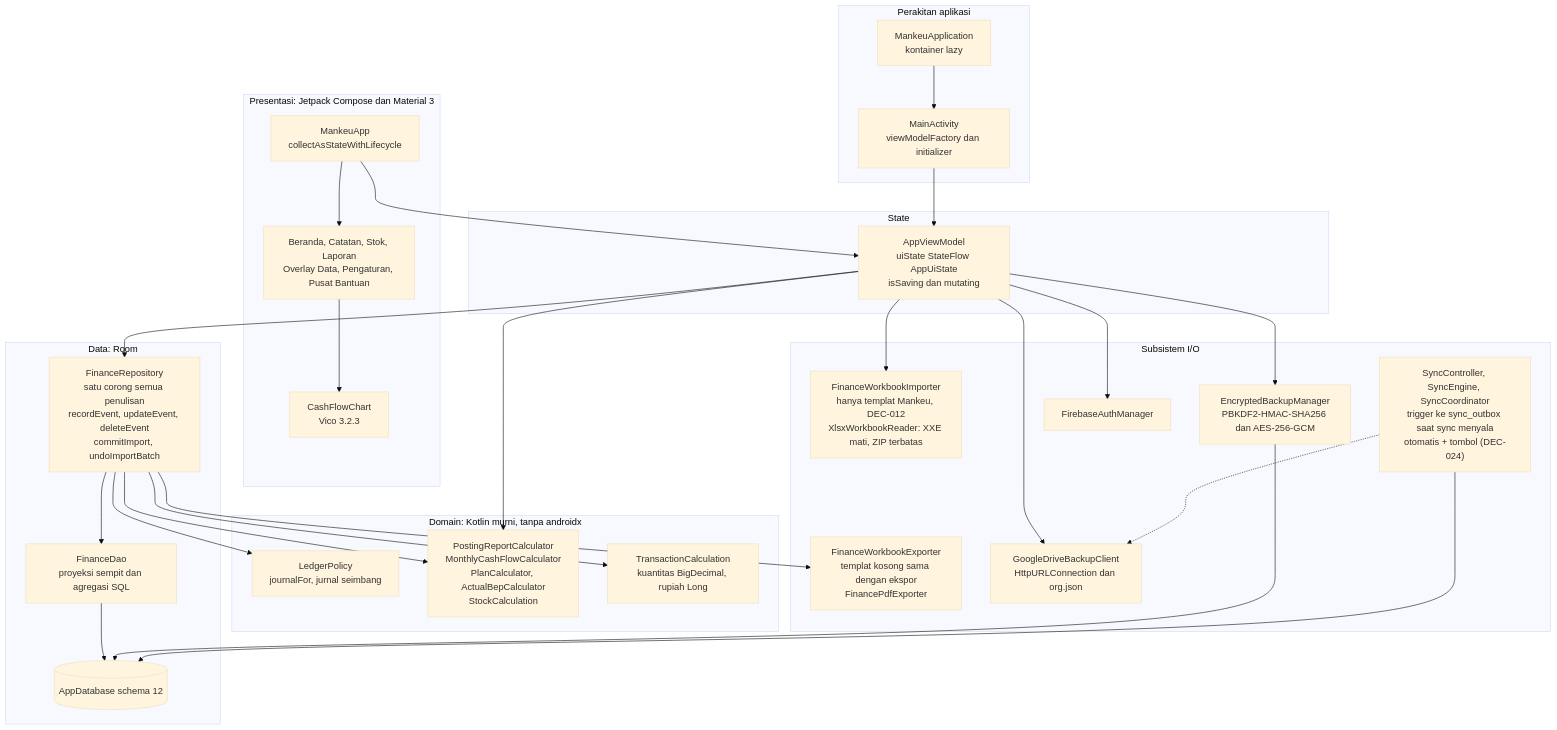
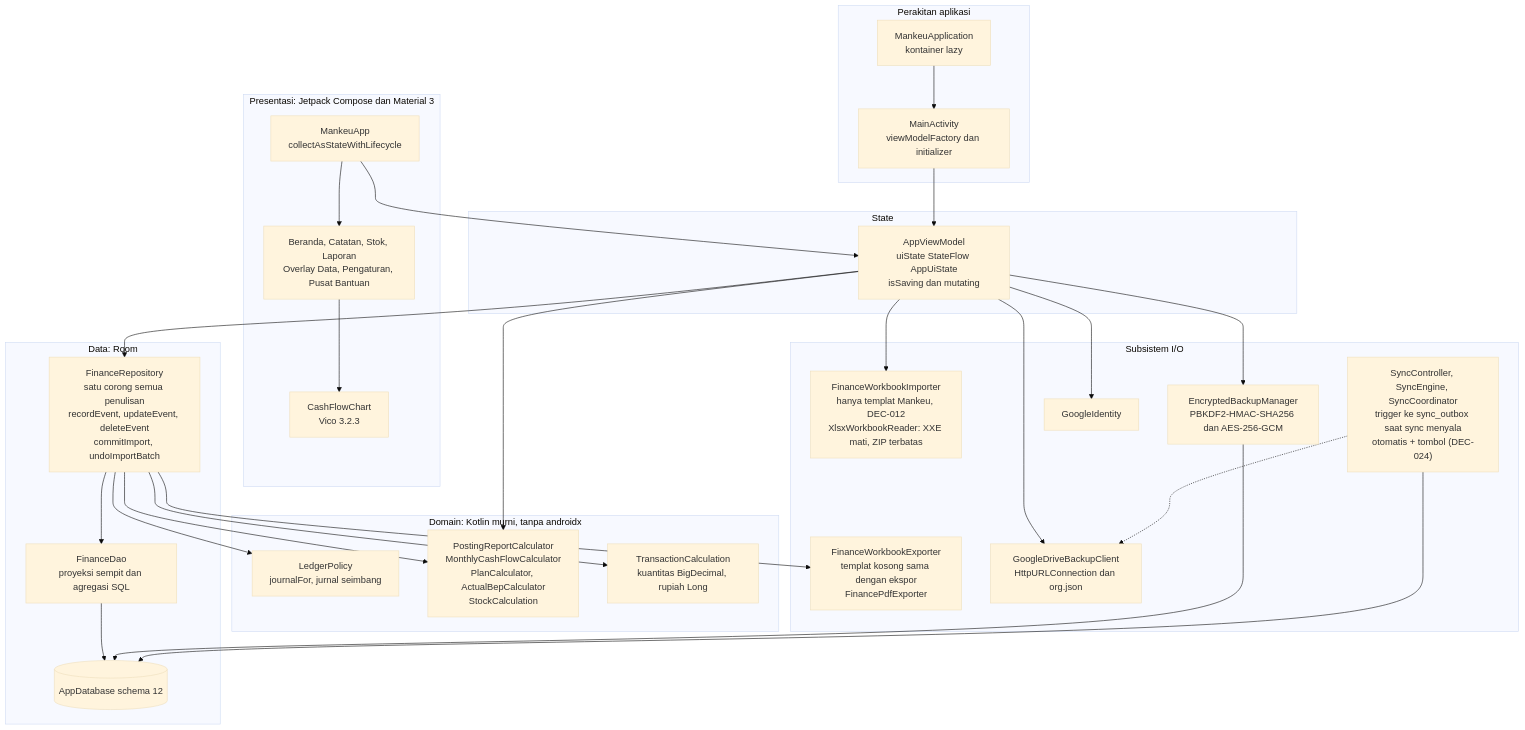
The first of 3 diagrams in docs/diagrams/02_architecture_diagram.md (adsurkasur/Mankeu), drawn with Mermaid (base theme) before and after one commit. The commit also changed 13 other files, not shown here.

````diff
--- a/docs/diagrams/02_architecture_diagram.md
+++ b/docs/diagrams/02_architecture_diagram.md
@@ -9,59 +9,59 @@
 ```mermaid
 flowchart TB
     subgraph wiring ["Perakitan aplikasi"]
         appContainer["MankeuApplication<br/>kontainer lazy"]
         mainActivity["MainActivity<br/>viewModelFactory dan initializer"]
     end
 
     subgraph presentation ["Presentasi: Jetpack Compose dan Material 3"]
         shell["MankeuApp<br/>collectAsStateWithLifecycle"]
         screens["Beranda, Catatan, Stok, Laporan<br/>Overlay Data, Pengaturan, Pusat Bantuan"]
         vicoChart["CashFlowChart<br/>Vico 3.2.3"]
     end
 
     subgraph stateLayer ["State"]
         viewModel["AppViewModel<br/>uiState StateFlow AppUiState<br/>isSaving dan mutating"]
     end
 
     subgraph domainLayer ["Domain: Kotlin murni, tanpa androidx"]
         ledgerPolicy["LedgerPolicy<br/>journalFor, jurnal seimbang"]
         calculators["PostingReportCalculator<br/>MonthlyCashFlowCalculator<br/>PlanCalculator, ActualBepCalculator<br/>StockCalculation"]
         txCalc["TransactionCalculation<br/>kuantitas BigDecimal, rupiah Long"]
     end
 
     subgraph dataLayer ["Data: Room"]
         repository["FinanceRepository<br/>satu corong semua penulisan<br/>recordEvent, updateEvent, deleteEvent<br/>commitImport, undoImportBatch"]
         dao["FinanceDao<br/>proyeksi sempit dan agregasi SQL"]
         database[("AppDatabase schema 12")]
     end
 
     subgraph ioLayer ["Subsistem I/O"]
         importer["FinanceWorkbookImporter<br/>hanya templat Mankeu, DEC-012<br/>XlsxWorkbookReader: XXE mati, ZIP terbatas"]
         exporters["FinanceWorkbookExporter<br/>templat kosong sama dengan ekspor<br/>FinancePdfExporter"]
         backupManager["EncryptedBackupManager<br/>PBKDF2-HMAC-SHA256 dan AES-256-GCM"]
         driveClient["GoogleDriveBackupClient<br/>HttpURLConnection dan org.json"]
-        authManager["FirebaseAuthManager"]
+        authManager["GoogleIdentity"]
         syncFramework["SyncController, SyncEngine, SyncCoordinator<br/>trigger ke sync_outbox saat sync menyala<br/>otomatis + tombol (DEC-024)"]
     end
 
     appContainer --> mainActivity
     mainActivity --> viewModel
     shell --> screens
     screens --> vicoChart
     shell --> viewModel
     viewModel --> repository
     viewModel --> importer
     viewModel --> backupManager
     viewModel --> driveClient
     viewModel --> authManager
     viewModel --> calculators
     repository --> ledgerPolicy
     repository --> calculators
     repository --> txCalc
     repository --> exporters
     repository --> dao
     dao --> database
     backupManager --> database
     syncFramework --> database
     syncFramework -.-> driveClient
 ```
````
